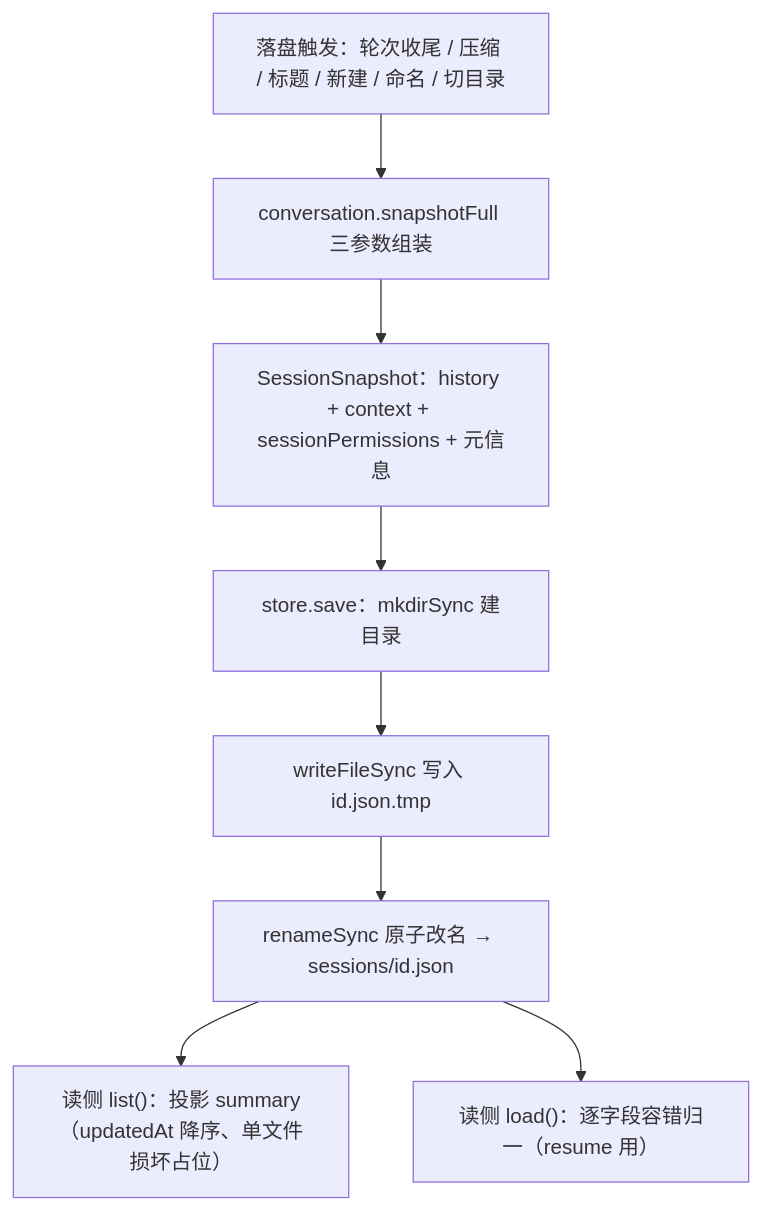
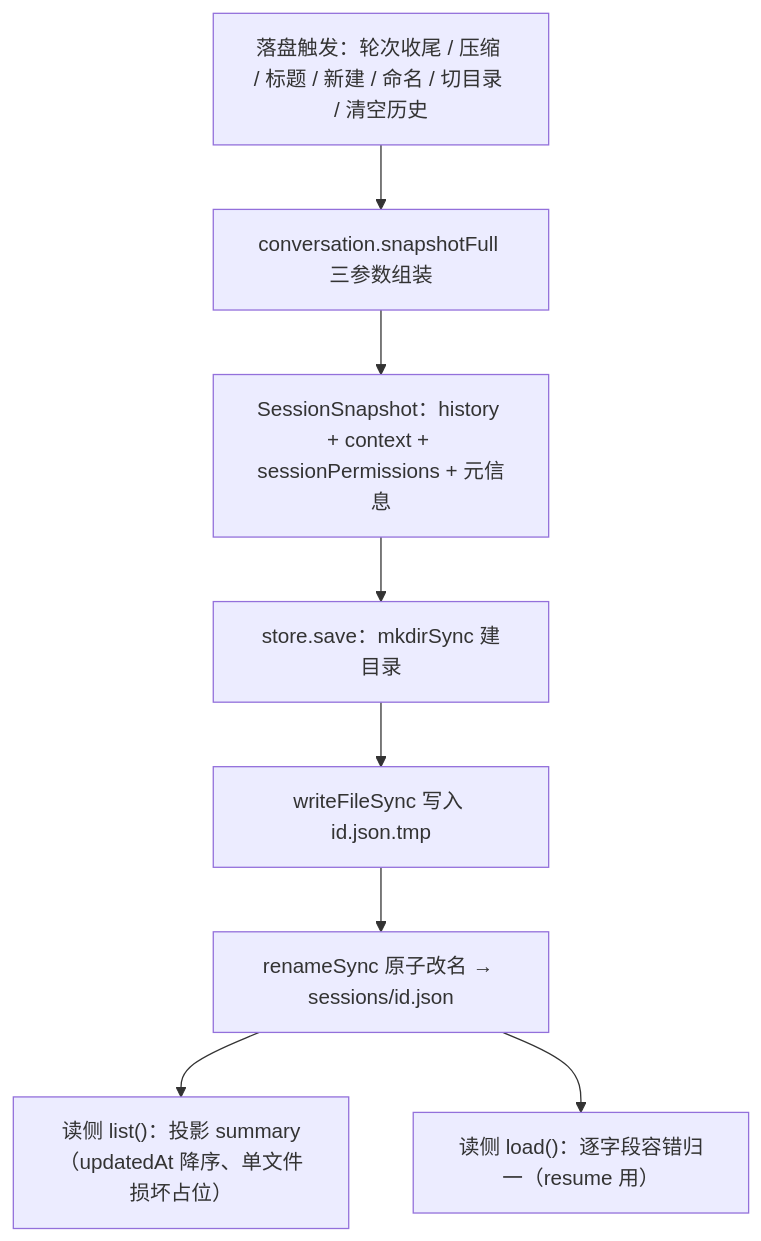
Before and after one commit to Doggez1G/DogEggAgent: the first of 4 diagrams in docs/versions/0.2/02-设计实现/09-会话与持久化.md, drawn with Mermaid. The commit also changed other lines of this file and 10 other files, not shown here.

````diff
--- a/docs/versions/0.2/02-设计实现/09-会话与持久化.md
+++ b/docs/versions/0.2/02-设计实现/09-会话与持久化.md
@@ -97,10 +97,10 @@
 ```mermaid
 flowchart TD
-    A["落盘触发：轮次收尾 / 压缩 / 标题 / 新建 / 命名 / 切目录"] --> B["conversation.snapshotFull 三参数组装"]
+    A["落盘触发：轮次收尾 / 压缩 / 标题 / 新建 / 命名 / 切目录 / 清空历史"] --> B["conversation.snapshotFull 三参数组装"]
     B --> C["SessionSnapshot：history + context + sessionPermissions + 元信息"]
     C --> D["store.save：mkdirSync 建目录"]
     D --> E["writeFileSync 写入 id.json.tmp"]
     E --> F["renameSync 原子改名 → sessions/id.json"]
     F --> G["读侧 list()：投影 summary（updatedAt 降序、单文件损坏占位）"]
     F --> H["读侧 load()：逐字段容错归一（resume 用）"]
 ```
````
